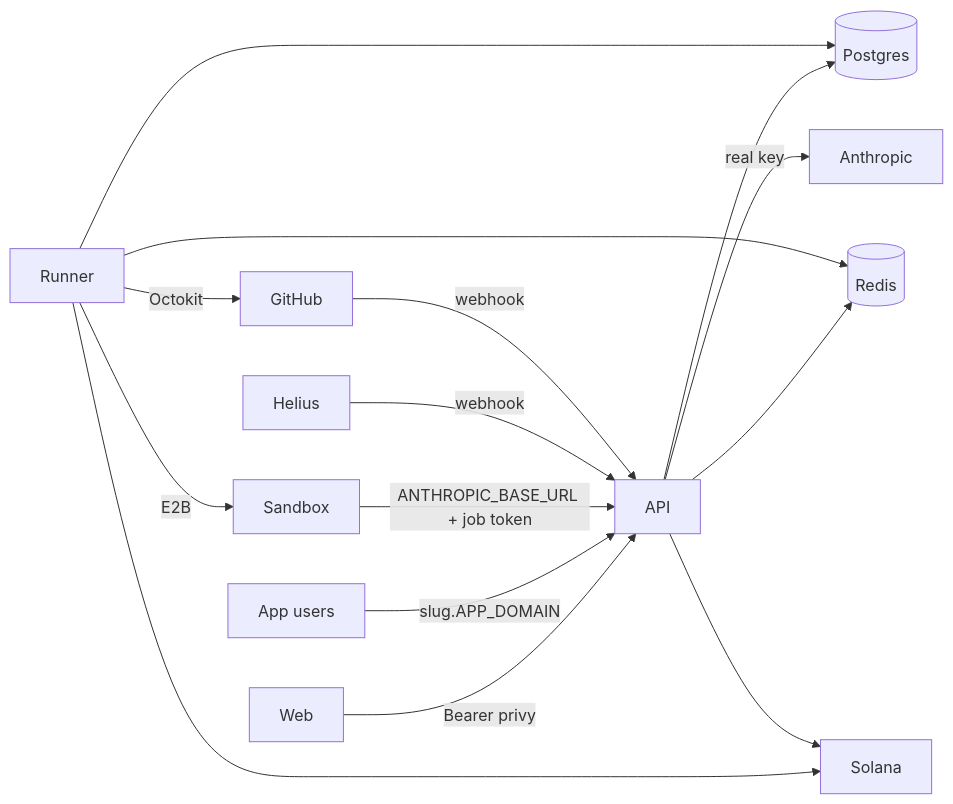
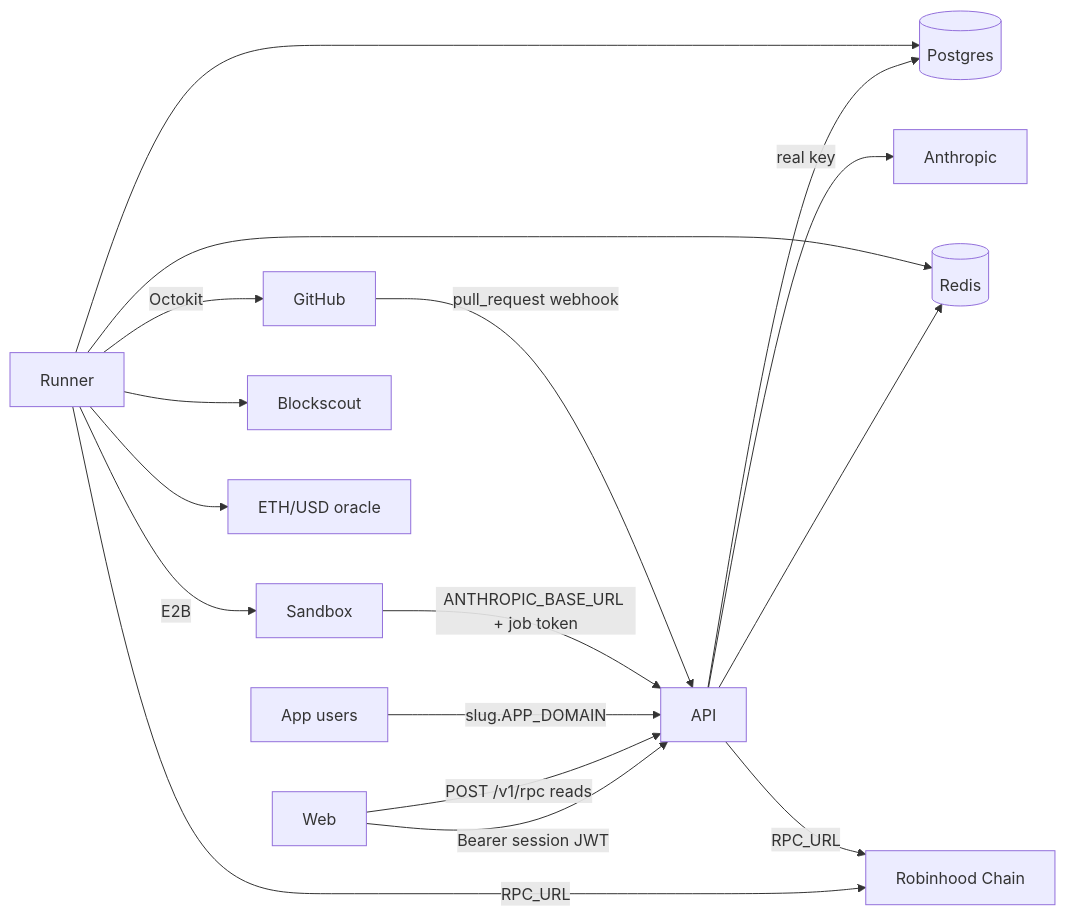
One commit to realdoomsman/pyre changed the first of 3 diagrams in docs/architecture.md. Above: the diagram before and after it, drawn with Mermaid. The commit also changed other lines of this file and 58 other files, not shown here.

````diff
--- a/docs/architecture.md
+++ b/docs/architecture.md
@@ -15,17 +15,19 @@
 ```mermaid
 flowchart LR
-  Web -->|Bearer privy| API
+  Web -->|Bearer session JWT| API
+  Web -->|POST /v1/rpc reads| API
   Browser[App users] -->|slug.APP_DOMAIN| API
   API --> PG[(Postgres)]
   API --> Redis[(Redis)]
   Runner --> PG
   Runner --> Redis
   Runner -->|E2B| Sandbox
   Sandbox -->|ANTHROPIC_BASE_URL + job token| API
   API -->|real key| Anthropic
-  Runner --> Solana
-  API --> Solana
-  Helius -->|webhook| API
-  GitHub -->|webhook| API
+  Runner -->|RPC_URL| Chain[Robinhood Chain]
+  API -->|RPC_URL| Chain
+  Runner --> Blockscout
+  Runner --> DeFiLlama[ETH/USD oracle]
+  GitHub -->|pull_request webhook| API
   Runner -->|Octokit| GitHub
 ```
````
